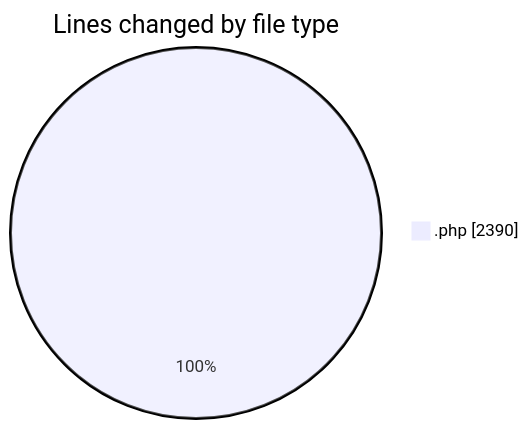
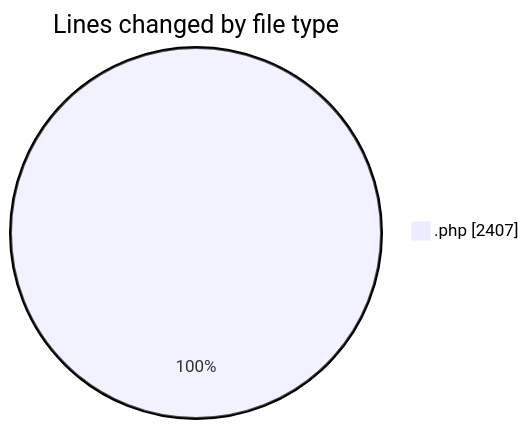
Before and after one commit to debugP/code-tracking: the first of 2 diagrams in 2025-10-08/untitled__workspace_/README.md, drawn with Mermaid. The commit also changed other lines of this file and 1 other file, not shown here.

````diff
--- a/2025-10-08/untitled__workspace_/README.md
+++ b/2025-10-08/untitled__workspace_/README.md
@@ -24,5 +24,5 @@
 ```mermaid
 pie showData
 title Lines changed by file type
-".php" : 2390
+".php" : 2407
 ```
````
